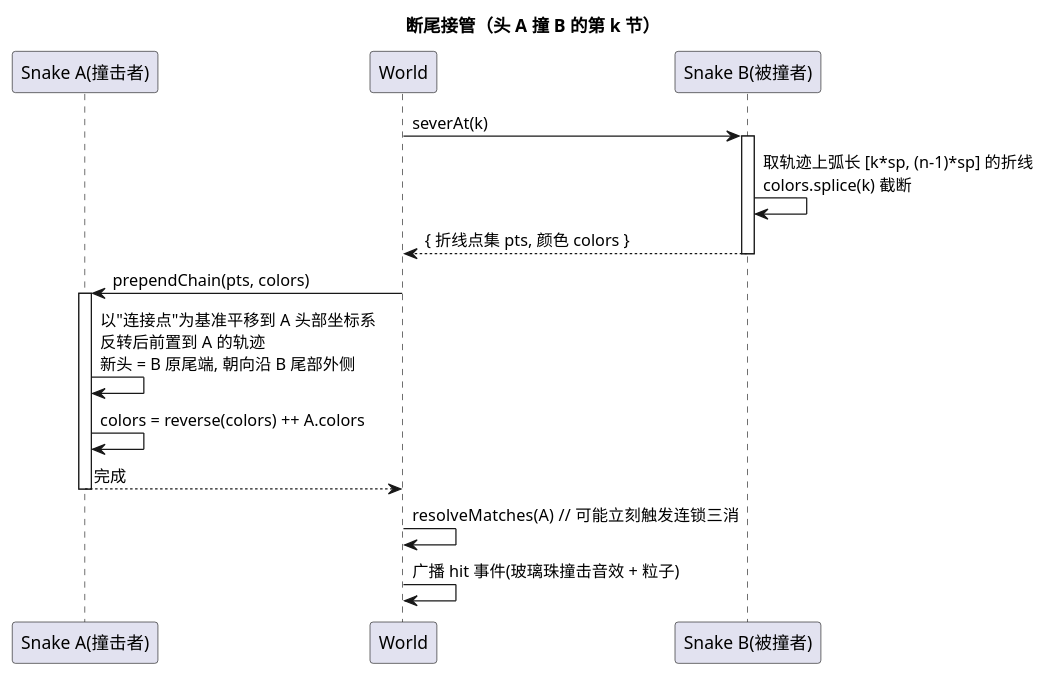
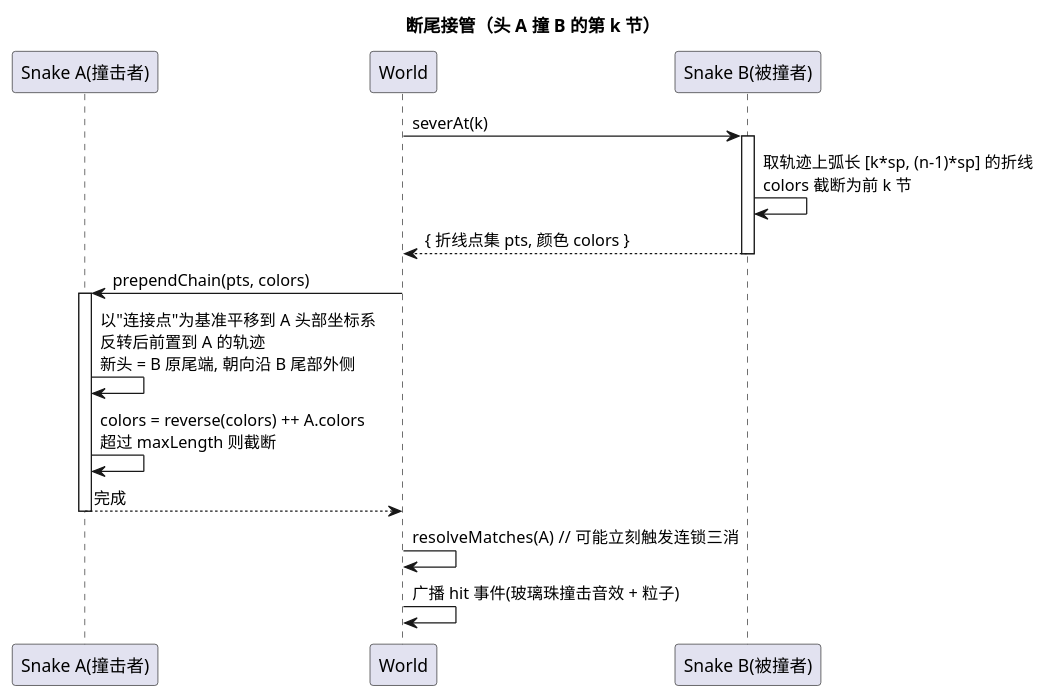
Before and after one commit to crvsrvn/SnakeMatch3: the diagram in docs/collide.puml, drawn with PlantUML. The commit also changed 9 other files, not shown here.

```diff
--- a/docs/collide.puml
+++ b/docs/collide.puml
@@ -1,23 +1,23 @@
 @startuml collide
 title 断尾接管（头 A 撞 B 的第 k 节）
 
 participant "Snake A(撞击者)" as A
 participant World
 participant "Snake B(被撞者)" as B
 
 World -> B : severAt(k)
 activate B
-B -> B : 取轨迹上弧长 [k*sp, (n-1)*sp] 的折线\ncolors.splice(k) 截断
+B -> B : 取轨迹上弧长 [k*sp, (n-1)*sp] 的折线\ncolors 截断为前 k 节
 B --> World : { 折线点集 pts, 颜色 colors }
 deactivate B
 
 World -> A : prependChain(pts, colors)
 activate A
 A -> A : 以"连接点"为基准平移到 A 头部坐标系\n反转后前置到 A 的轨迹\n新头 = B 原尾端, 朝向沿 B 尾部外侧
-A -> A : colors = reverse(colors) ++ A.colors
+A -> A : colors = reverse(colors) ++ A.colors\n超过 maxLength 则截断
 A --> World : 完成
 deactivate A
 
 World -> World : resolveMatches(A)  // 可能立刻触发连锁三消
 World -> World : 广播 hit 事件(玻璃珠撞击音效 + 粒子)
 @enduml
```
